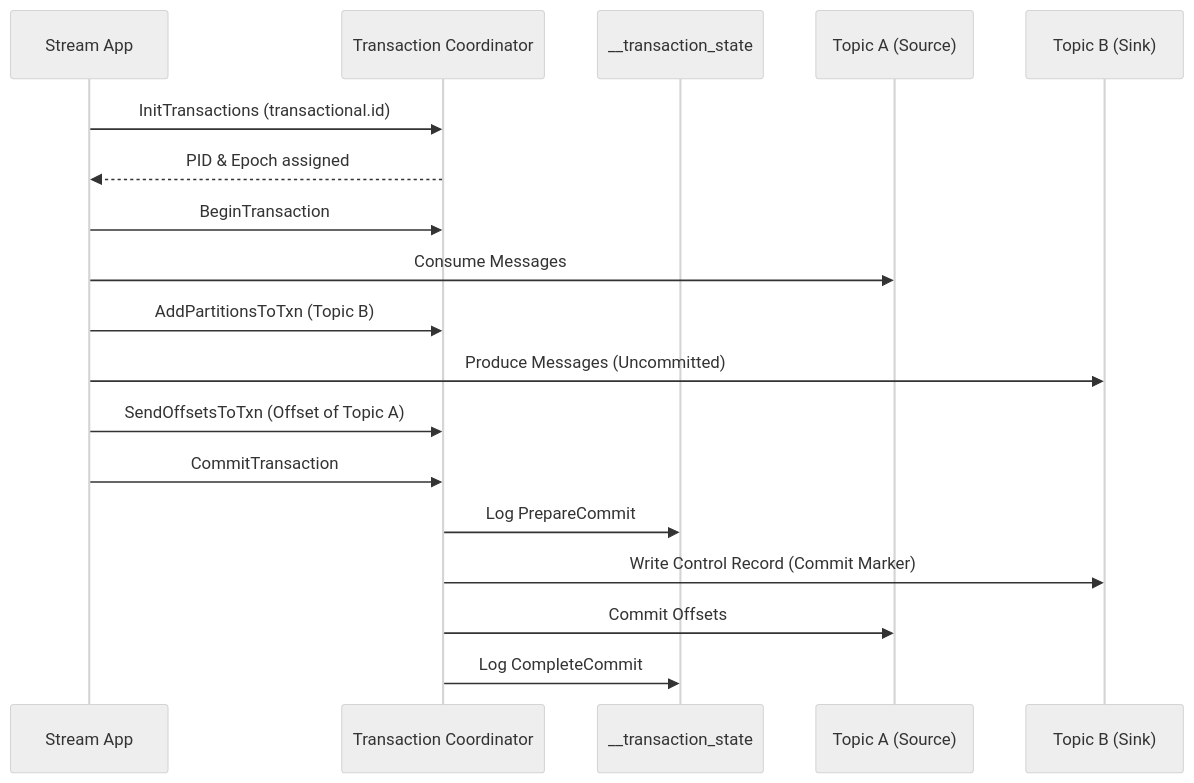
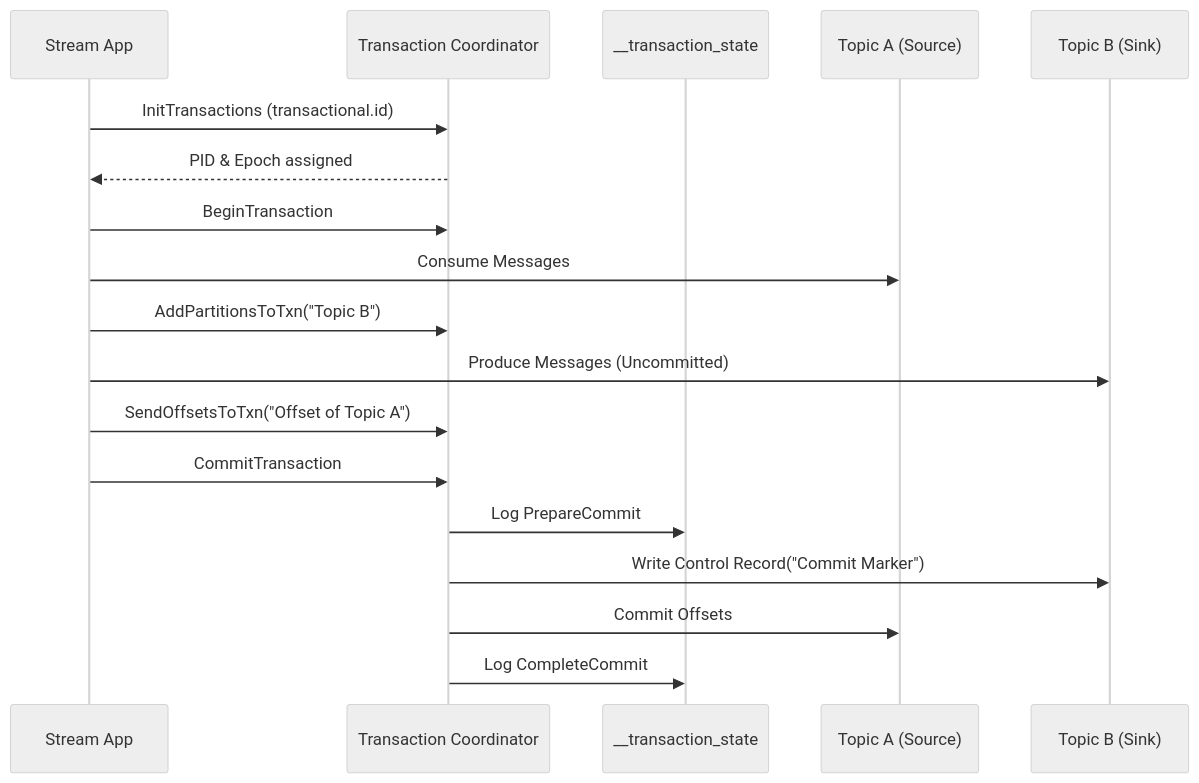
The first of 2 diagrams in src/content/docs/concepts/5-stream-processing-realtime/kafka-exactly-once-semantics.md (kythuatdulieu/kythuatdulieu.github.io), drawn with Mermaid (neutral theme) before and after one commit. The commit also changed other lines of this file and 190 other files, not shown here.

Commit message:
fix: resolve mermaid syntax, math rendering, and metadata issues from content rewrite

````diff
--- a/src/content/docs/concepts/5-stream-processing-realtime/kafka-exactly-once-semantics.md
+++ b/src/content/docs/concepts/5-stream-processing-realtime/kafka-exactly-once-semantics.md
@@ -50,21 +50,21 @@
 ```mermaid
 sequenceDiagram
     participant App as Stream App
     participant TC as Transaction Coordinator
     participant TLog as __transaction_state
     participant TopicA as Topic A (Source)
     participant TopicB as Topic B (Sink)
 
     App->>TC: InitTransactions (transactional.id)
     TC-->>App: PID & Epoch assigned
     App->>TC: BeginTransaction
     App->>TopicA: Consume Messages
-    App->>TC: AddPartitionsToTxn (Topic B)
+    App->>TC: AddPartitionsToTxn("Topic B")
     App->>TopicB: Produce Messages (Uncommitted)
-    App->>TC: SendOffsetsToTxn (Offset of Topic A)
+    App->>TC: SendOffsetsToTxn("Offset of Topic A")
     App->>TC: CommitTransaction
     TC->>TLog: Log PrepareCommit
-    TC->>TopicB: Write Control Record (Commit Marker)
+    TC->>TopicB: Write Control Record("Commit Marker")
     TC->>TopicA: Commit Offsets
     TC->>TLog: Log CompleteCommit
 ```
````
